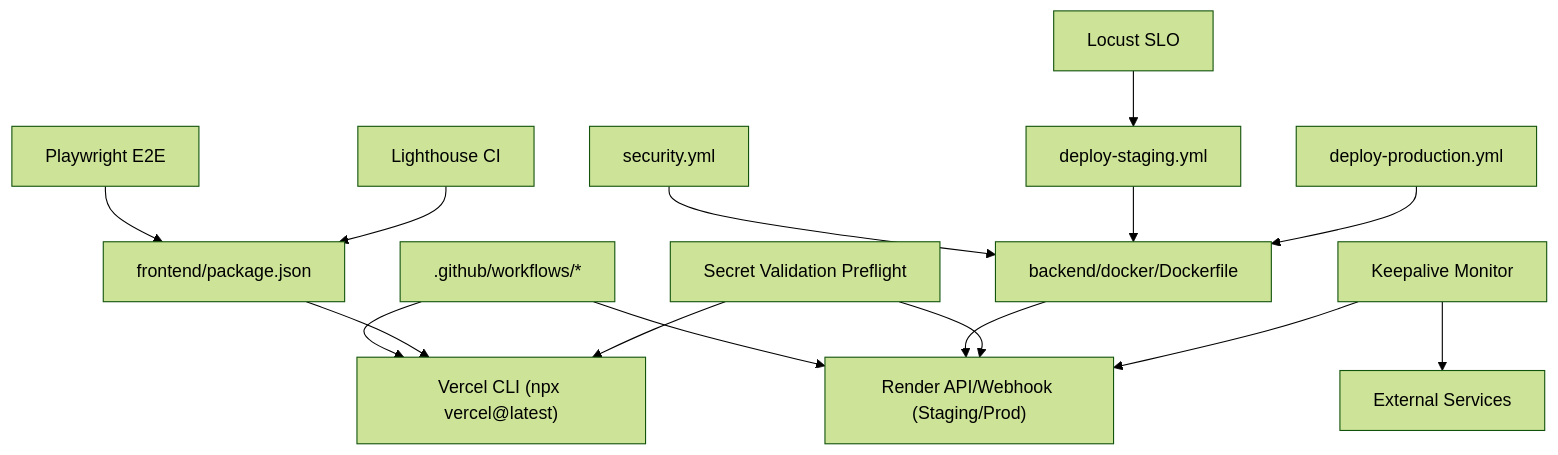
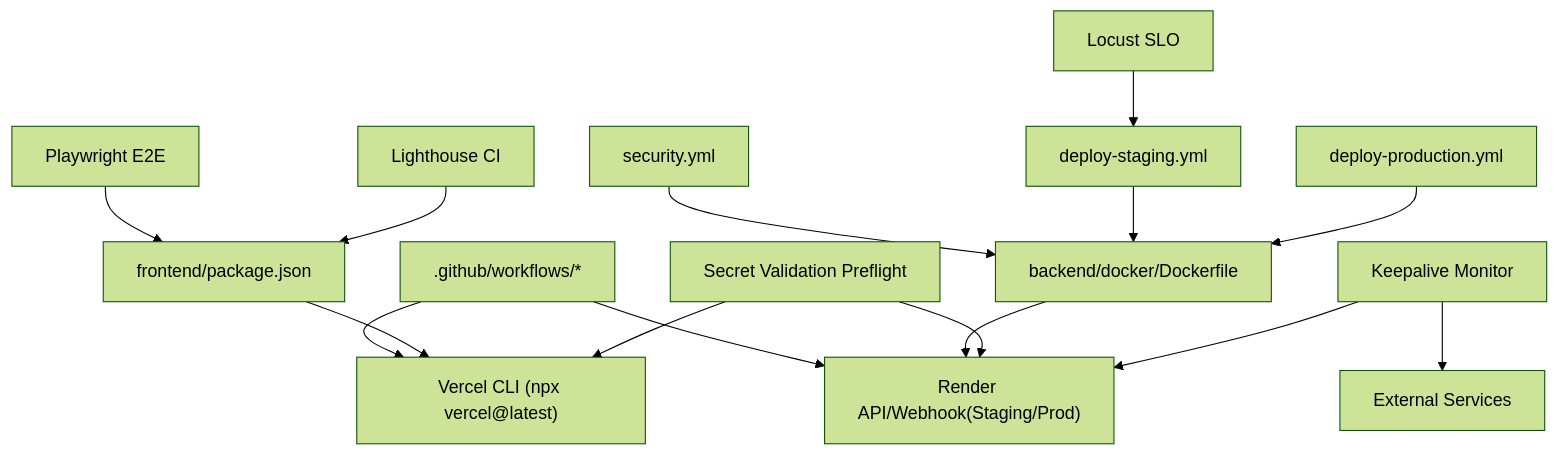
One commit to rohitkumarnaidu/ScholarFormAI changed the ninth of 9 diagrams in docs/docs/knowledge/Deployment & Operations/CI_CD Pipeline.md. Above: the diagram before and after it, drawn with Mermaid (forest theme). The commit also changed other lines of this file and 73 other files, not shown here.

First line of the commit message:
docs: enterprise-level markdown upgrade with Mermaid diagrams

````diff
--- a/docs/docs/knowledge/Deployment & Operations/CI_CD Pipeline.md
+++ b/docs/docs/knowledge/Deployment & Operations/CI_CD Pipeline.md
@@ -537,17 +537,17 @@
 ```mermaid
 graph TB
-GH[".github/workflows/*"] --> RND["Render API/Webhook (Staging/Prod)"]
+GH[".github/workflows/*"] --> RND["Render API/Webhook(Staging/Prod)"]
 GH --> VCD["Vercel CLI (npx vercel@latest)"]
 SEC["security.yml"] --> IMG["backend/docker/Dockerfile"]
 DS["deploy-staging.yml"] --> IMG
 DP["deploy-production.yml"] --> IMG
 IMG --> RND
 FE_PKG["frontend/package.json"] --> VCD
 PREF["Secret Validation Preflight"] --> RND
 PREF --> VCD
 PW["Playwright E2E"] --> FE_PKG
 LHCI["Lighthouse CI"] --> FE_PKG
 LOCUST["Locust SLO"] --> DS
 KAMON["Keepalive Monitor"] --> RND
 KAMON --> EXTSVC["External Services"]
 ```
````
